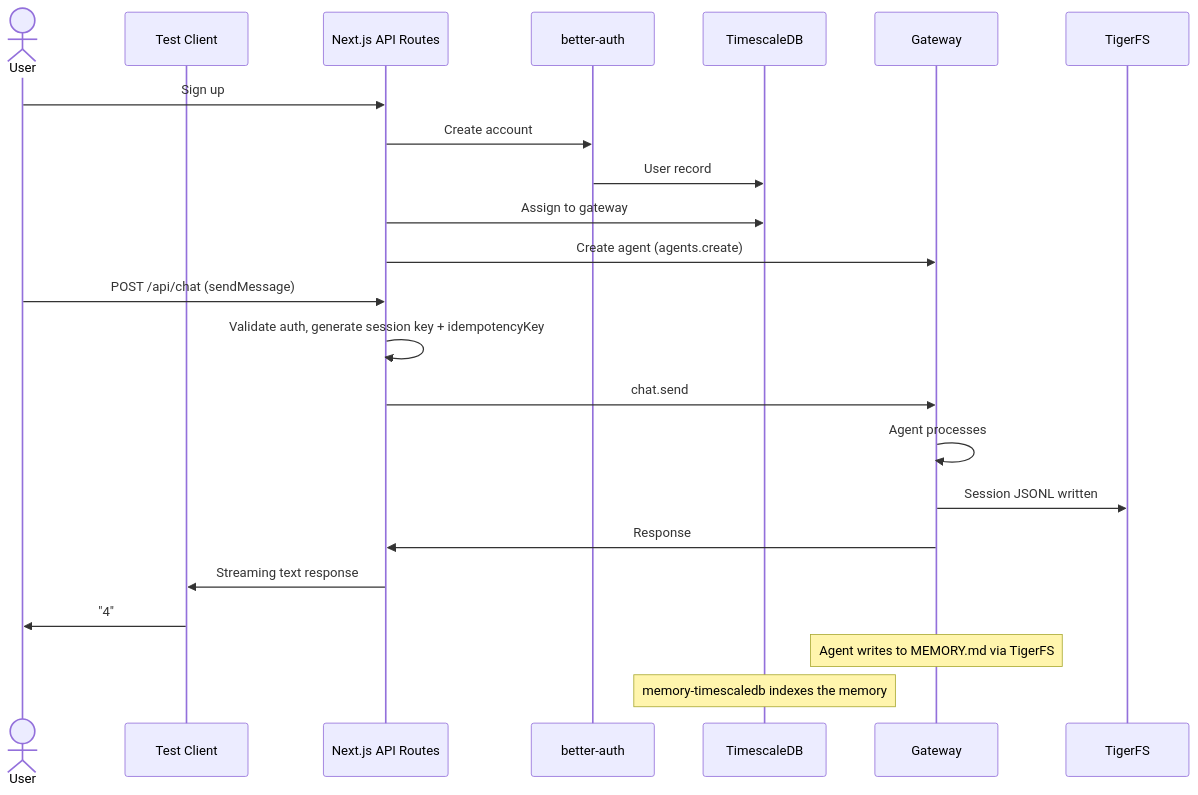
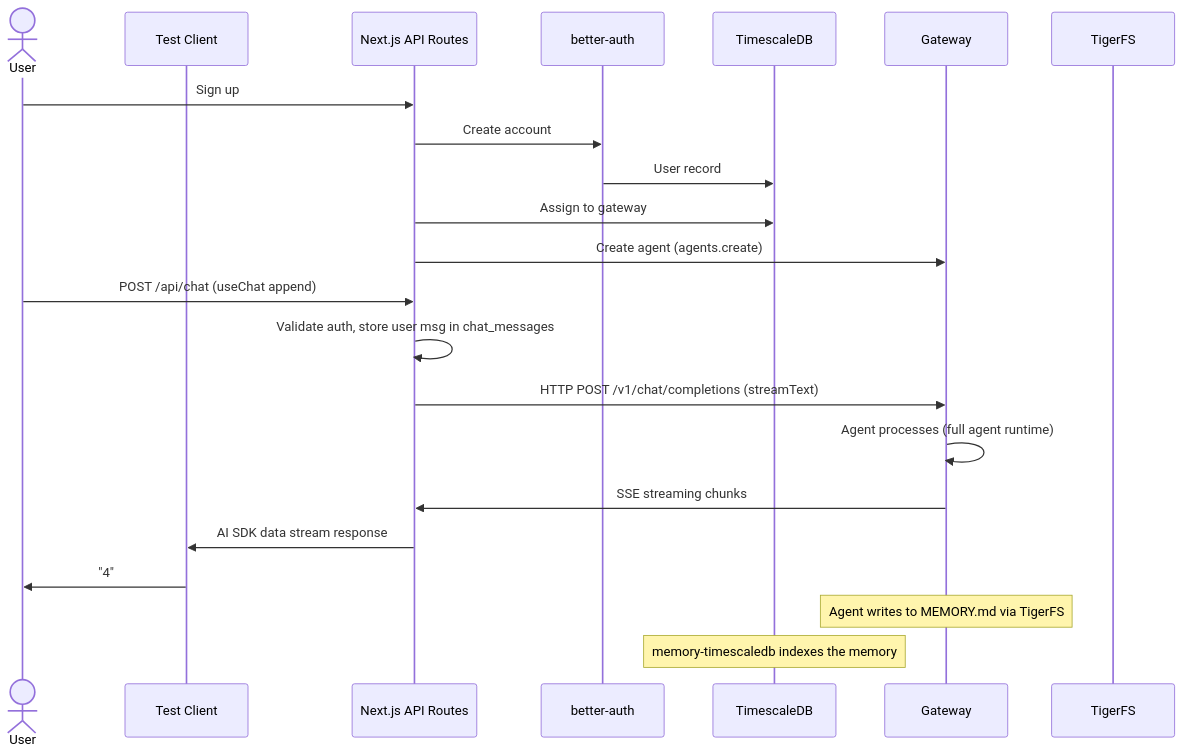
One commit to 1qh/claw changed the fifth of 5 diagrams in plan/02-gateway.md. Above: the diagram before and after it, drawn with Mermaid. The commit also changed 2 other files, not shown here.

Commit message:
Reviewer round 2: fix 3 remaining stale WS references
- capabilities.md: Elysia section still said "via WS chat.send"
- plan/04: mermaid diagram still had WS chat.send node
- plan/02: Stage 2.4 E2E diagram still used chat.send

Round 3: 0 findings — all docs consistent.

````diff
--- a/plan/02-gateway.md
+++ b/plan/02-gateway.md
@@ -372,28 +372,27 @@
 ```mermaid
 sequenceDiagram
     actor User
     participant FE as Test Client
     participant API as Next.js API Routes
     participant BA as better-auth
     participant DB as TimescaleDB
     participant GW as Gateway
     participant TFS as TigerFS
 
     User->>API: Sign up
     API->>BA: Create account
     BA->>DB: User record
     API->>DB: Assign to gateway
     API->>GW: Create agent (agents.create)
 
-    User->>API: POST /api/chat (sendMessage)
-    API->>API: Validate auth, generate session key + idempotencyKey
-    API->>GW: chat.send
-    GW->>GW: Agent processes
-    GW->>TFS: Session JSONL written
-    GW->>API: Response
-    API->>FE: Streaming text response
+    User->>API: POST /api/chat (useChat append)
+    API->>API: Validate auth, store user msg in chat_messages
+    API->>GW: HTTP POST /v1/chat/completions (streamText)
+    GW->>GW: Agent processes (full agent runtime)
+    GW->>API: SSE streaming chunks
+    API->>FE: AI SDK data stream response
     FE->>User: "4"
 
     Note over GW: Agent writes to MEMORY.md via TigerFS
     Note over DB: memory-timescaledb indexes the memory
 ```
````
